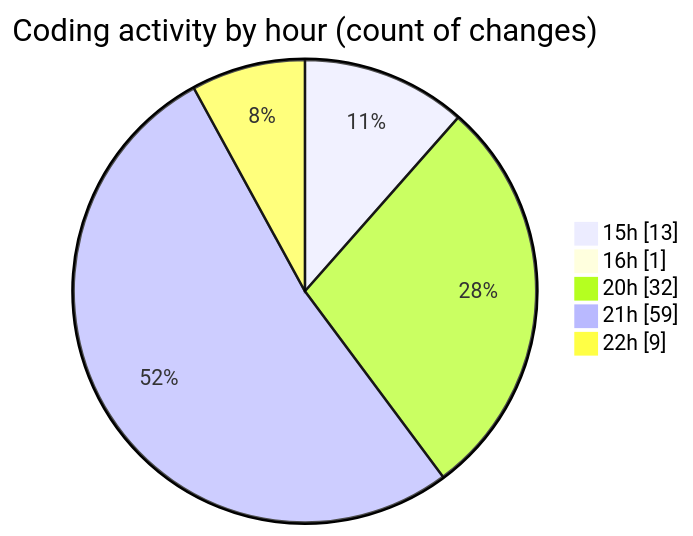
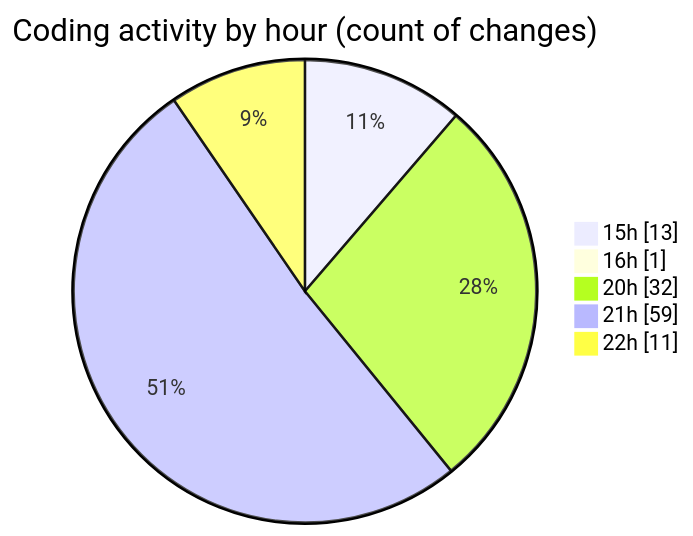
Before and after one commit to EIIisD/code-tracking: the second of 2 diagrams in 2025-07-17/ribbon/README.md, drawn with Mermaid. The commit also changed other lines of this file and 1 other file, not shown here.

````diff
--- a/2025-07-17/ribbon/README.md
+++ b/2025-07-17/ribbon/README.md
@@ -68,9 +68,9 @@
 ```mermaid
 pie showData
 title Coding activity by hour (count of changes)
 "15h" : 13
 "16h" : 1
 "20h" : 32
 "21h" : 59
-"22h" : 9
+"22h" : 11
 ```
````
